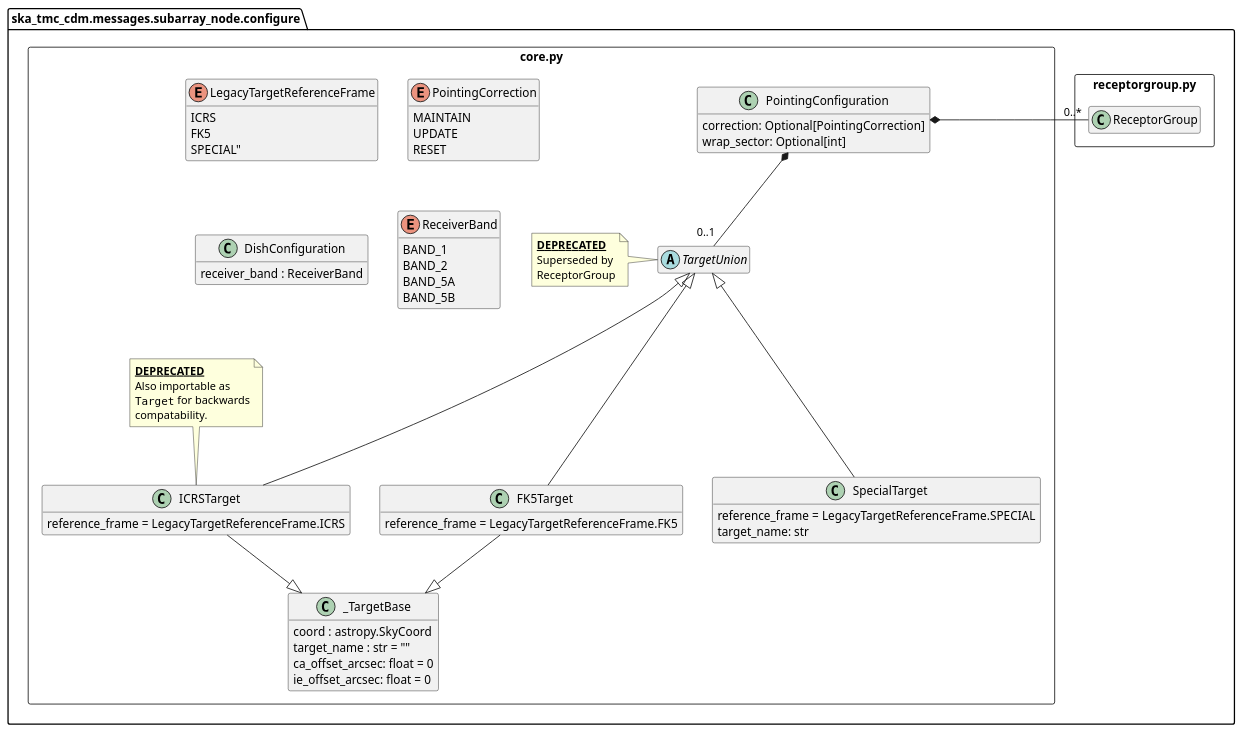
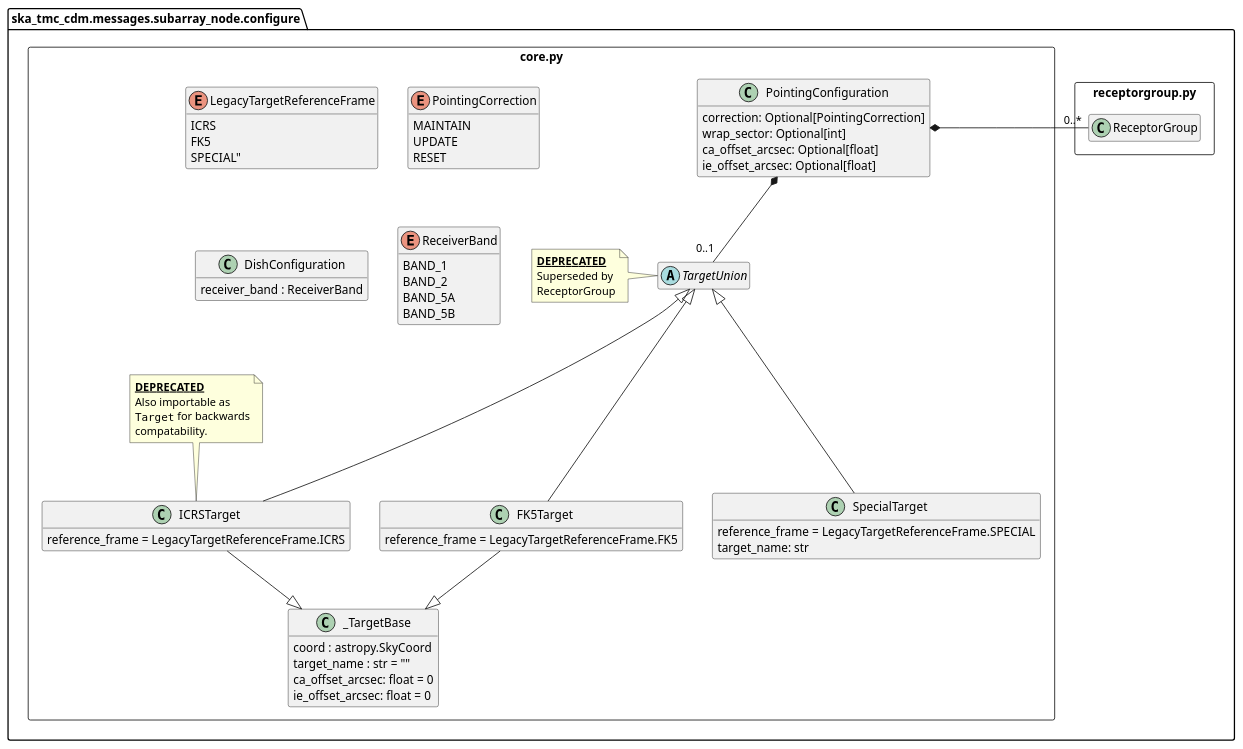
Before and after one commit to ska-telescope/cdm-shared-library: the diagram in docs/src/developer/subarraynode/core.puml, drawn with PlantUML. The commit also changed 4 other files, not shown here.

```diff
--- a/docs/src/developer/subarraynode/core.puml
+++ b/docs/src/developer/subarraynode/core.puml
@@ -1,87 +1,89 @@
 @startuml
 hide empty members
 
 package "ska_tmc_cdm.messages.subarray_node.configure" as base {
 
 	package "receptorgroup.py" as _receptorgroup <<Rectangle>> {
         class ReceptorGroup {}
     }
 
 	package "core.py" as _core <<Rectangle>> {
 
         enum LegacyTargetReferenceFrame {
             ICRS
             FK5
             SPECIAL"
         }
 
         class SpecialTarget {
             reference_frame = LegacyTargetReferenceFrame.SPECIAL
             target_name: str
         }
 
         class ICRSTarget {
             reference_frame = LegacyTargetReferenceFrame.ICRS
         }
 
         class FK5Target {
             reference_frame = LegacyTargetReferenceFrame.FK5
         }
 
 		class _TargetBase {
 			coord : astropy.SkyCoord
 			target_name : str = ""
 			ca_offset_arcsec: float = 0
 			ie_offset_arcsec: float = 0
 		}
 
         _TargetBase <|-up- FK5Target
         _TargetBase <|-up- ICRSTarget
 
         abstract class TargetUnion {}
         note left of TargetUnion
         <u>**DEPRECATED**</u>
         Superseded by
         ReceptorGroup
         end note
 
         TargetUnion <|--- ICRSTarget
         TargetUnion <|--- FK5Target
         TargetUnion <|--- SpecialTarget
 
         note top of ICRSTarget
         <u>**DEPRECATED**</u>
         Also importable as
         ""Target"" for backwards
         compatability.
         end note
 
 		enum PointingCorrection {
 			MAINTAIN
 			UPDATE
 			RESET
 		}
 
 		class PointingConfiguration {
 			correction: Optional[PointingCorrection]
 			wrap_sector: Optional[int]
+			ca_offset_arcsec: Optional[float]
+			ie_offset_arcsec: Optional[float]
 		}
 		PointingConfiguration *-- "0..1" TargetUnion
 		PointingConfiguration *- "0..*" ReceptorGroup
 
 		class DishConfiguration {
 			receiver_band : ReceiverBand
 		}
 
 		enum ReceiverBand {
 			BAND_1
 			BAND_2
 			BAND_5A
 			BAND_5B
 		}
 
 	}
 
 }
 
 @enduml
```
